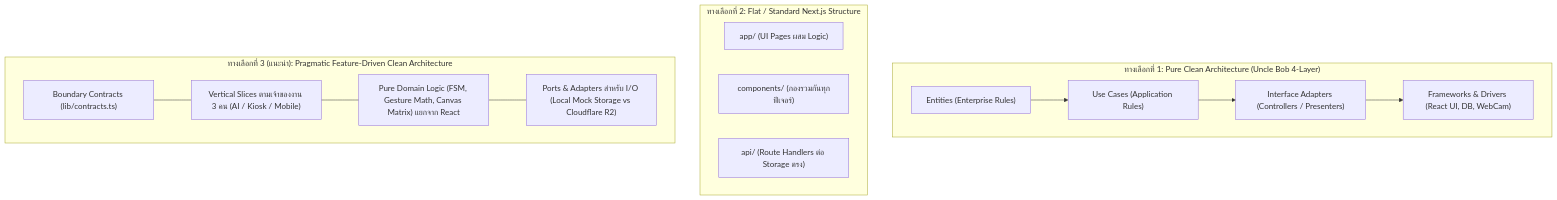
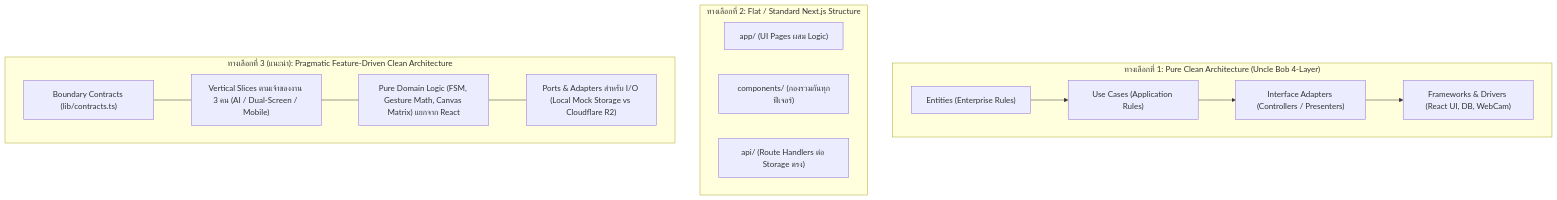
The first of 2 diagrams in docs/task02-architecture/project-structure-and-clean-architecture-guide.md (icelandz9/swu-openhouse), drawn with Mermaid before and after one commit. The commit also changed other lines of this file and 13 other files, not shown here.

````diff
--- a/docs/task02-architecture/project-structure-and-clean-architecture-guide.md
+++ b/docs/task02-architecture/project-structure-and-clean-architecture-guide.md
@@ -12,22 +12,22 @@
 ```mermaid
 flowchart TD
     subgraph OptionA["ทางเลือกที่ 1: Pure Clean Architecture (Uncle Bob 4-Layer)"]
         A1["Entities (Enterprise Rules)"] --> A2["Use Cases (Application Rules)"]
         A2 --> A3["Interface Adapters (Controllers / Presenters)"]
         A3 --> A4["Frameworks & Drivers (React UI, DB, WebCam)"]
     end
 
     subgraph OptionB["ทางเลือกที่ 2: Flat / Standard Next.js Structure"]
         B1["app/ (UI Pages ผสม Logic)"]
         B2["components/ (กองรวมกันทุกฟีเจอร์)"]
         B3["api/ (Route Handlers ต่อ Storage ตรง)"]
     end
 
     subgraph OptionC["ทางเลือกที่ 3 (แนะนำ): Pragmatic Feature-Driven Clean Architecture"]
         C1["Boundary Contracts (lib/contracts.ts)"]
-        C2["Vertical Slices ตามเจ้าของงาน 3 คน (AI / Kiosk / Mobile)"]
+        C2["Vertical Slices ตามเจ้าของงาน 3 คน (AI / Dual-Screen / Mobile)"]
         C3["Pure Domain Logic (FSM, Gesture Math, Canvas Matrix) แยกจาก React"]
         C4["Ports & Adapters สำหรับ I/O (Local Mock Storage vs Cloudflare R2)"]
         C1 --- C2 --- C3 --- C4
     end
 ```
````
